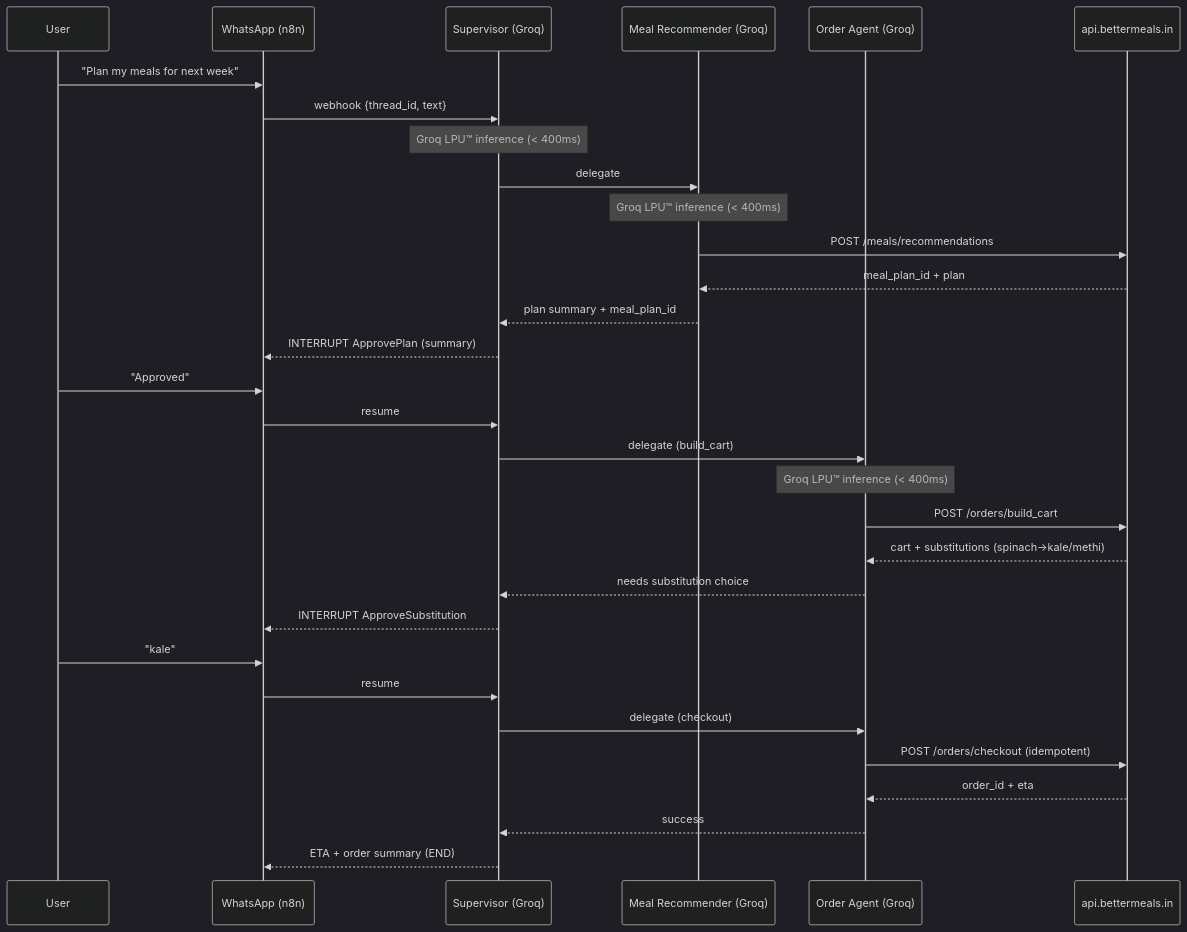
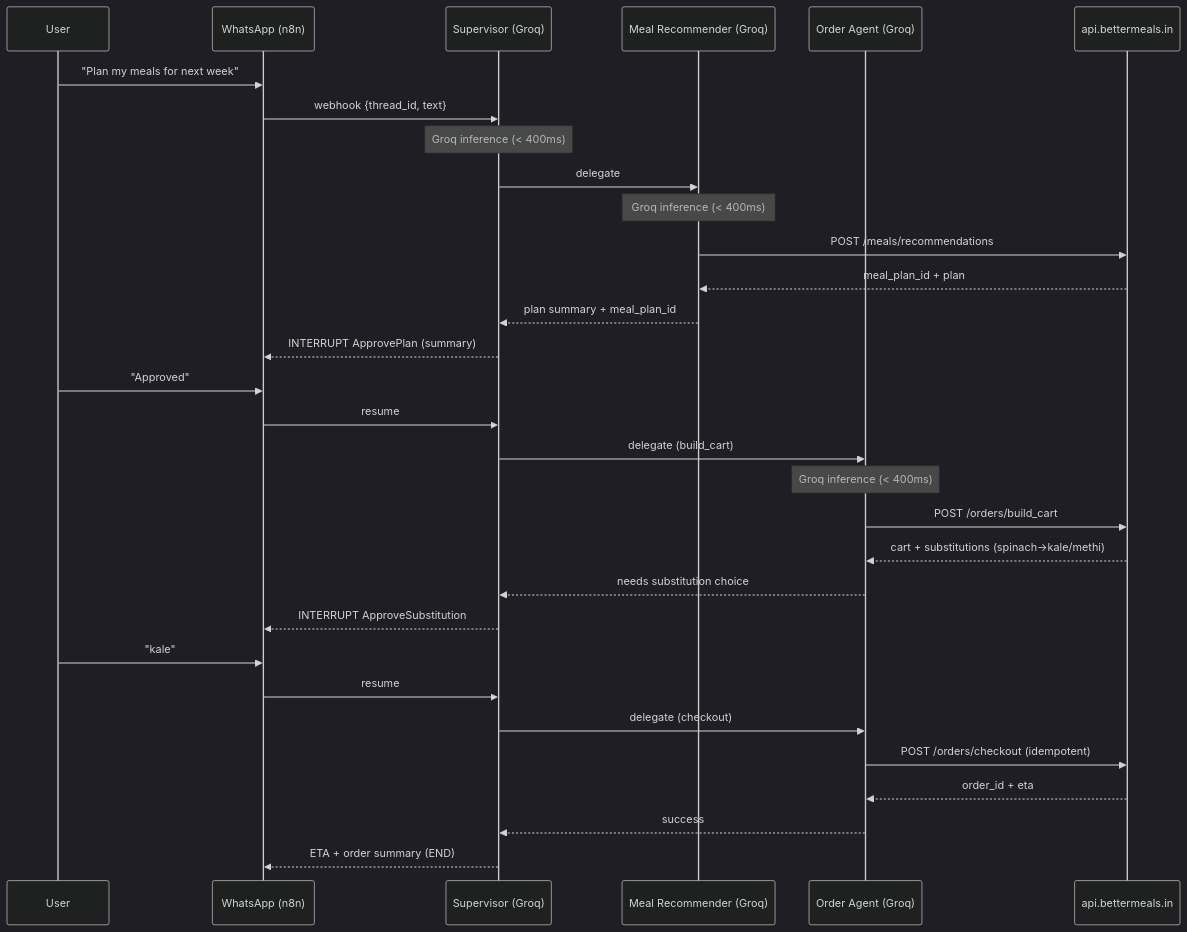
One commit to AaradhyaSaxena/bettermeals-agent changed the first of 2 diagrams in README.md. Above: the diagram before and after it, drawn with Mermaid (dark theme). The commit also changed other lines of this file and 1 other file, not shown here.

````diff
--- a/README.md
+++ b/README.md
@@ -346,34 +335,34 @@
 ```mermaid
 sequenceDiagram
   participant User
   participant WA as WhatsApp (n8n)
   participant Sup as Supervisor (Groq)
   participant Rec as Meal Recommender (Groq)
   participant Ord as Order Agent (Groq)
   participant API as api.bettermeals.in
 
   User->>WA: "Plan my meals for next week"
   WA->>Sup: webhook {thread_id, text}
-  Note over Sup: Groq LPU™ inference (< 400ms)
+  Note over Sup: Groq inference (< 400ms)
   Sup->>Rec: delegate
-  Note over Rec: Groq LPU™ inference (< 400ms)
+  Note over Rec: Groq inference (< 400ms)
   Rec->>API: POST /meals/recommendations
   API-->>Rec: meal_plan_id + plan
   Rec-->>Sup: plan summary + meal_plan_id
   Sup-->>WA: INTERRUPT ApprovePlan (summary)
   User->>WA: "Approved"
   WA->>Sup: resume
   Sup->>Ord: delegate (build_cart)
-  Note over Ord: Groq LPU™ inference (< 400ms)
+  Note over Ord: Groq inference (< 400ms)
   Ord->>API: POST /orders/build_cart
   API-->>Ord: cart + substitutions (spinach→kale/methi)
   Ord-->>Sup: needs substitution choice
   Sup-->>WA: INTERRUPT ApproveSubstitution
   User->>WA: "kale"
   WA->>Sup: resume
   Sup->>Ord: delegate (checkout)
   Ord->>API: POST /orders/checkout (idempotent)
   API-->>Ord: order_id + eta
   Ord-->>Sup: success
   Sup-->>WA: ETA + order summary (END)
 ```
````
